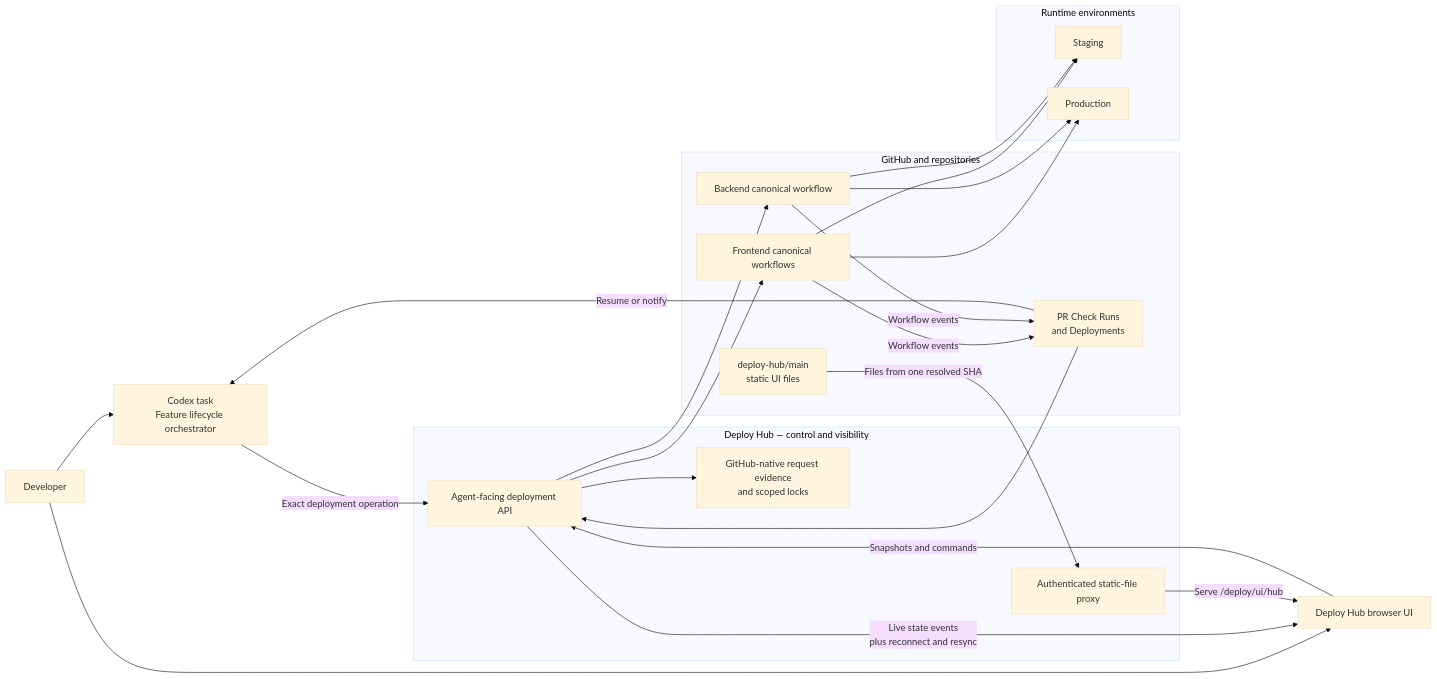
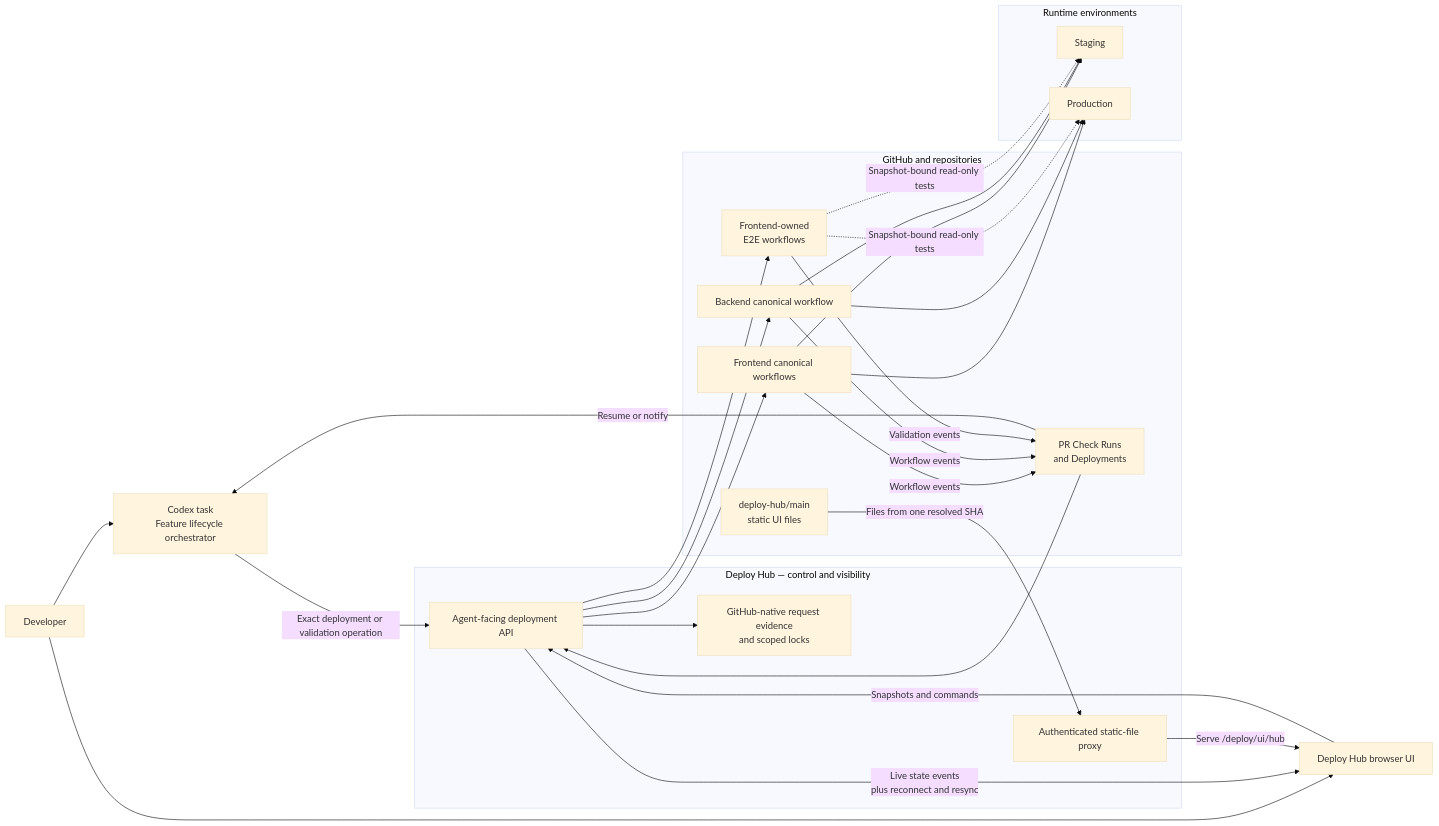
One commit to 6529-Collections/deploy-hub changed the diagram in docs/diagrams/target-architecture.mmd. Above: the diagram before and after it, drawn with Mermaid (base theme). The commit also changed 13 other files, not shown here.

```diff
--- a/docs/diagrams/target-architecture.mmd
+++ b/docs/diagrams/target-architecture.mmd
@@ -1,40 +1,45 @@
 flowchart LR
     U["Developer"] --> A["Codex task<br/>Feature lifecycle orchestrator"]
     U --> UI["Deploy Hub browser UI"]
 
     subgraph H["Deploy Hub — control and visibility"]
         API["Agent-facing deployment API"]
         L["GitHub-native request evidence<br/>and scoped locks"]
         P["Authenticated static-file proxy"]
     end
 
     subgraph G["GitHub and repositories"]
         UIS["deploy-hub/main<br/>static UI files"]
         PR["PR Check Runs<br/>and Deployments"]
         FE["Frontend canonical workflows"]
         BE["Backend canonical workflow"]
+        V["Frontend-owned<br/>E2E workflows"]
     end
 
     subgraph E["Runtime environments"]
         STG["Staging"]
         PROD["Production"]
     end
 
-    A -->|"Exact deployment operation"| API
+    A -->|"Exact deployment or validation operation"| API
     UI -->|"Snapshots and commands"| API
     API -->|"Live state events<br/>plus reconnect and resync"| UI
     UIS -->|"Files from one resolved SHA"| P
     P -->|"Serve /deploy/ui/hub"| UI
     API --> L
     API --> FE
     API --> BE
+    API --> V
 
     FE --> STG
     FE --> PROD
     BE --> STG
     BE --> PROD
+    V -. "Snapshot-bound read-only tests" .-> STG
+    V -. "Snapshot-bound read-only tests" .-> PROD
 
     FE -->|"Workflow events"| PR
     BE -->|"Workflow events"| PR
+    V -->|"Validation events"| PR
     PR --> API
     PR -->|"Resume or notify"| A
```
